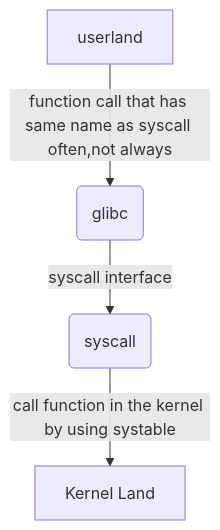
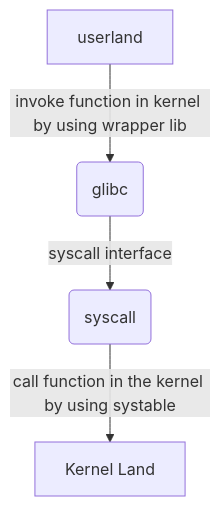
One commit to Reemaa828/Linux_11_5 changed the first of 2 diagrams in M1_S2/SYSCALL.md. Above: the diagram before and after it, drawn with Mermaid.

````diff
--- a/M1_S2/SYSCALL.md
+++ b/M1_S2/SYSCALL.md
@@ -13,7 +13,7 @@
 ```mermaid
 graph TD;
-    A[userland] --> |function call that has same name as syscall often,not always| B(glibc)
+    A[userland] --> |invoke function in kernel by using wrapper lib| B(glibc)
     B --> |syscall interface| C(syscall)
     C --> |call function in the kernel by using systable| D[Kernel Land]
 
 ```
````
